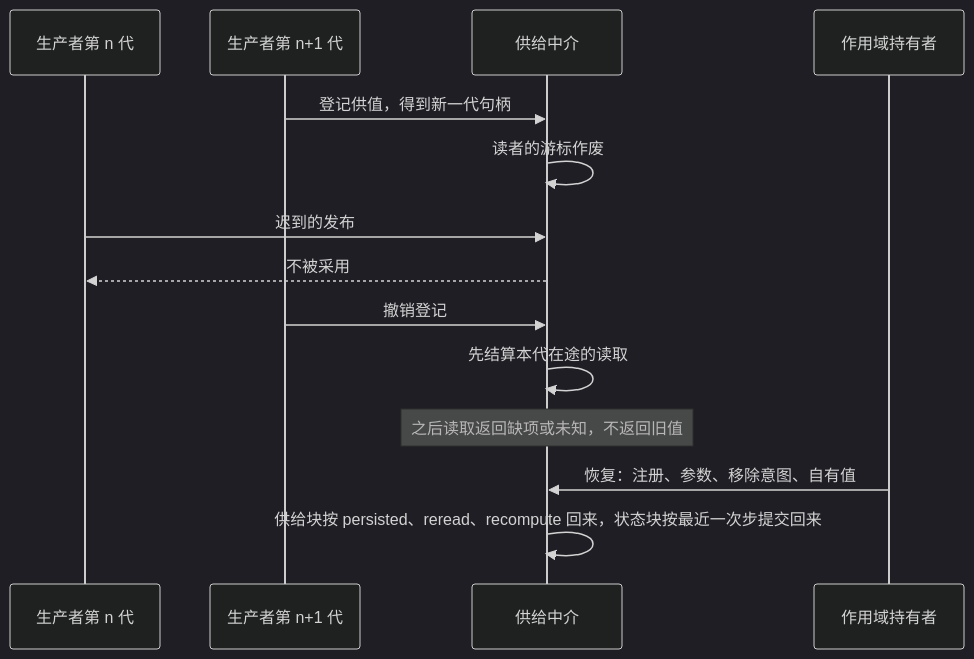
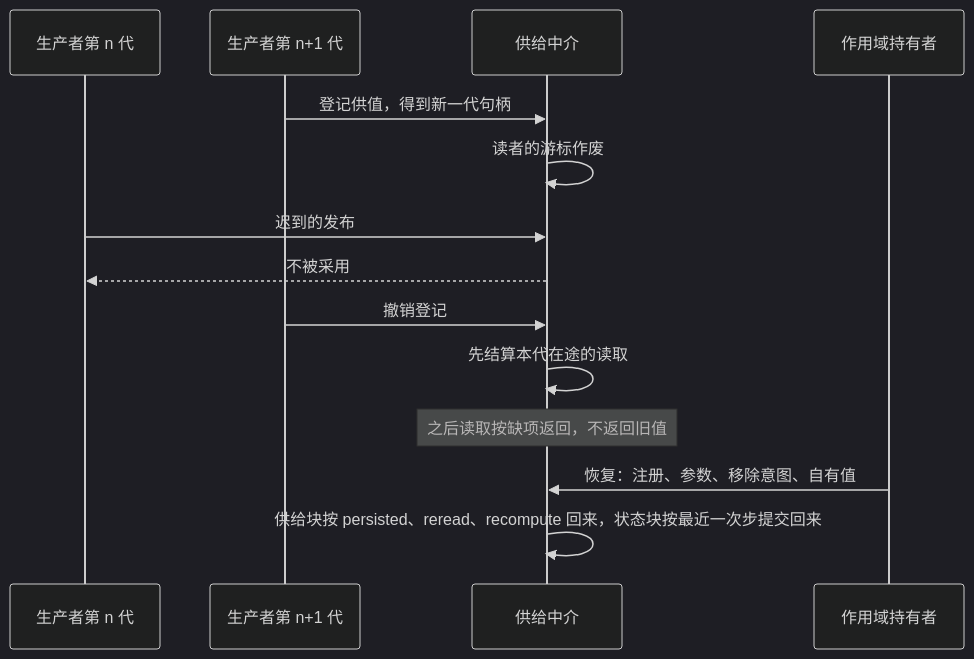
Before and after one commit to nemori-ai/omne-harness-lite: the eighth of 8 diagrams in packages/context/runtime-context-contract/docs/flows.md, drawn with Mermaid (dark theme). The commit also changed other lines of this file and 70 other files, not shown here.

````diff
--- a/packages/context/runtime-context-contract/docs/flows.md
+++ b/packages/context/runtime-context-contract/docs/flows.md
@@ -228,16 +230,16 @@
 ```mermaid
 sequenceDiagram
   participant P1 as 生产者第 n 代
   participant P2 as 生产者第 n+1 代
   participant M as 供给中介
   participant H as 作用域持有者
   P2->>M: 登记供值，得到新一代句柄
   M->>M: 读者的游标作废
   P1->>M: 迟到的发布
   M-->>P1: 不被采用
   P2->>M: 撤销登记
   M->>M: 先结算本代在途的读取
-  Note over M: 之后读取返回缺项或未知，不返回旧值
+  Note over M: 之后读取按缺项返回，不返回旧值
   H->>M: 恢复：注册、参数、移除意图、自有值
   M->>M: 供给块按 persisted、reread、recompute 回来，状态块按最近一次步提交回来
 ```
````
